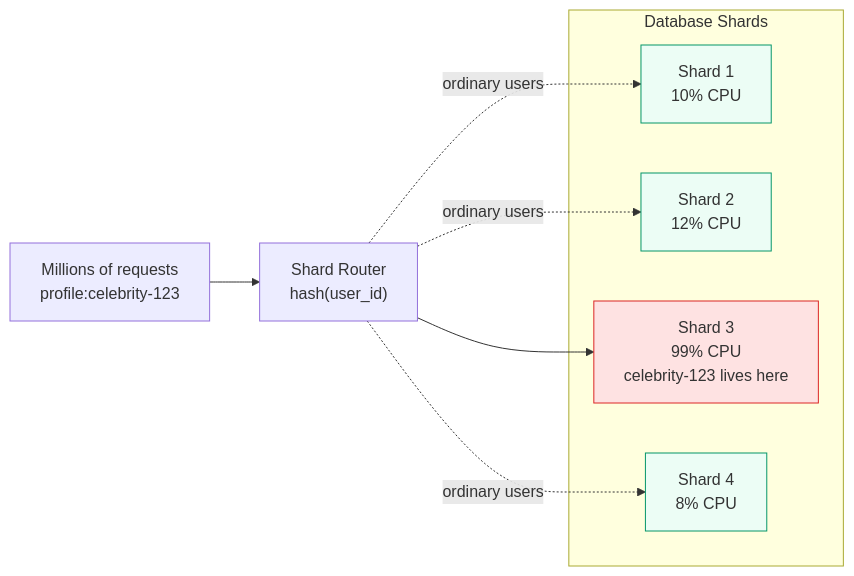
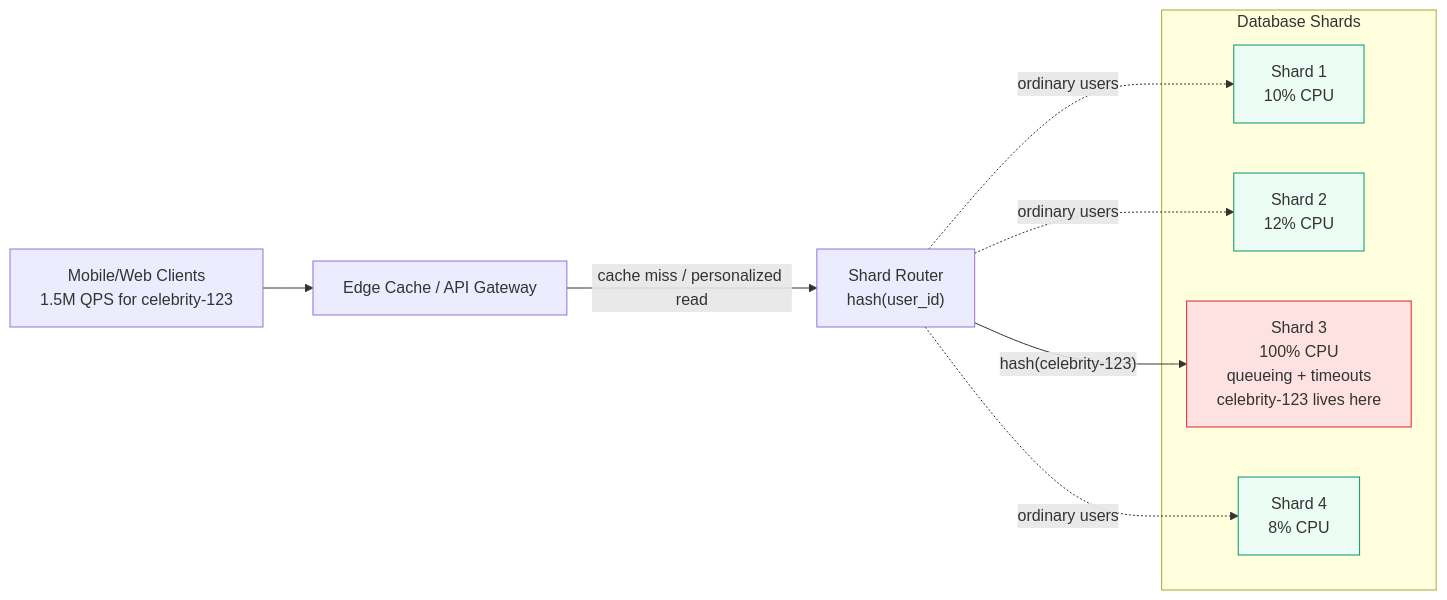
Before and after one commit to MachariaP/system-design-academy: the third of 6 diagrams in modules/02-database-scaling.md, drawn with Mermaid. The commit also changed other lines of this file, not shown here.

````diff
--- a/modules/02-database-scaling.md
+++ b/modules/02-database-scaling.md
@@ -172,23 +236,25 @@
 ```mermaid
 flowchart LR
-    Requests["Millions of requests<br/>profile:celebrity-123"]
+    Clients["Mobile/Web Clients<br/>1.5M QPS for celebrity-123"]
+    Edge["Edge Cache / API Gateway"]
     Router["Shard Router<br/>hash(user_id)"]
 
     subgraph Shards["Database Shards"]
         S1["Shard 1<br/>10% CPU"]
         S2["Shard 2<br/>12% CPU"]
-        S3["Shard 3<br/>99% CPU<br/>celebrity-123 lives here"]
+        S3["Shard 3<br/>100% CPU<br/>queueing + timeouts<br/>celebrity-123 lives here"]
         S4["Shard 4<br/>8% CPU"]
     end
 
-    Requests --> Router
-    Router --> S3
+    Clients --> Edge
+    Edge -->|"cache miss / personalized read"| Router
+    Router -->|"hash(celebrity-123)"| S3
     Router -. ordinary users .-> S1
     Router -. ordinary users .-> S2
     Router -. ordinary users .-> S4
 
     style S3 fill:#fee2e2,stroke:#dc2626
     style S1 fill:#ecfdf5,stroke:#059669
     style S2 fill:#ecfdf5,stroke:#059669
     style S4 fill:#ecfdf5,stroke:#059669
 ```
````
